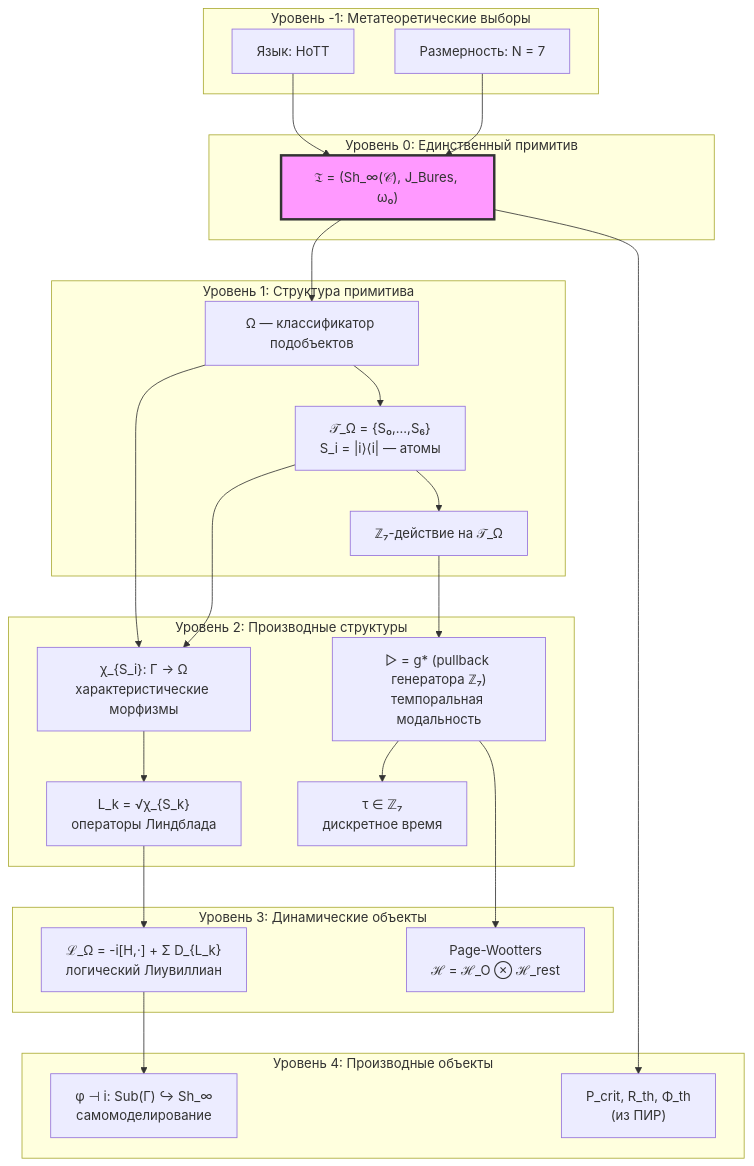
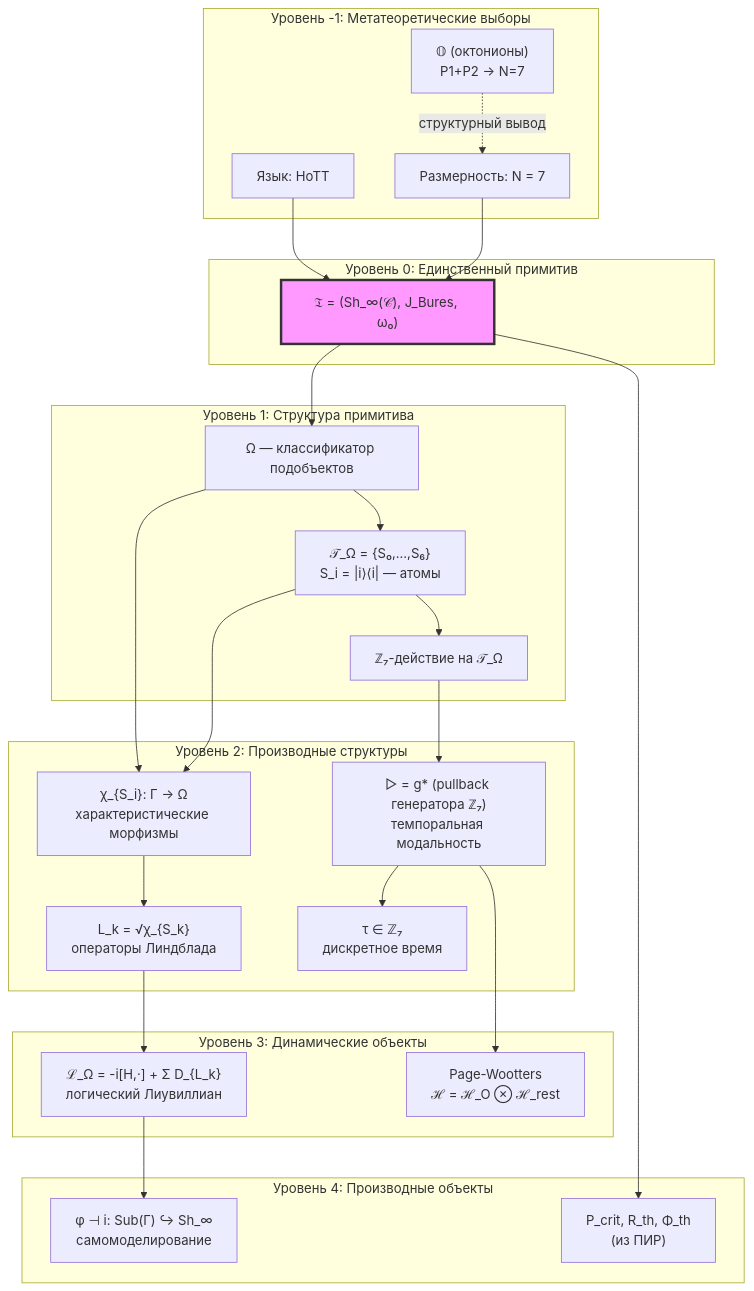
The first of 2 diagrams in website/docs/core/foundations/axiom-omega.md (uhm-theory/holon), drawn with Mermaid before and after one commit. The commit also changed other lines of this file and 58 other files, not shown here.

````diff
--- a/website/docs/core/foundations/axiom-omega.md
+++ b/website/docs/core/foundations/axiom-omega.md
@@ -571,51 +598,53 @@
 ```mermaid
 graph TD
     subgraph "Уровень -1: Метатеоретические выборы"
         Lang["Язык: HoTT"]
         Dim["Размерность: N = 7"]
+        Oct["𝕆 (октонионы)<br/>P1+P2 → N=7"]
     end
 
     subgraph "Уровень 0: Единственный примитив"
         Primitive["𝔗 = (Sh_∞(𝒞), J_Bures, ω₀)"]
     end
 
     subgraph "Уровень 1: Структура примитива"
         Omega["Ω — классификатор подобъектов"]
         Atoms["𝒯_Ω = {S₀,...,S₆}<br/>S_i = |i⟩⟨i| — атомы"]
         Z7["ℤ₇-действие на 𝒯_Ω"]
     end
 
     subgraph "Уровень 2: Производные структуры"
         Chi["χ_{S_i}: Γ → Ω<br/>характеристические морфизмы"]
         Lk["L_k = √χ_{S_k}<br/>операторы Линдблада"]
         Modal["▷ = g* (pullback генератора ℤ₇)<br/>темпоральная модальность"]
         Tau["τ ∈ ℤ₇<br/>дискретное время"]
     end
 
     subgraph "Уровень 3: Динамические объекты"
         LOmega["ℒ_Ω = -i[H,·] + Σ D_{L_k}<br/>логический Лиувиллиан"]
         PW["Page-Wootters<br/>ℋ = ℋ_O ⊗ ℋ_rest"]
     end
 
     subgraph "Уровень 4: Производные объекты"
         Phi["φ ⊣ i: Sub(Γ) ↪ Sh_∞<br/>самомоделирование"]
         Thresholds["P_crit, R_th, Φ_th<br/>(из ПИР)"]
     end
 
     Lang --> Primitive
     Dim --> Primitive
+    Oct -.->|"структурный вывод"| Dim
     Primitive --> Omega
     Omega --> Atoms
     Atoms --> Z7
     Omega --> Chi
     Atoms --> Chi
     Z7 --> Modal
     Chi --> Lk
     Modal --> Tau
     Lk --> LOmega
     Modal --> PW
     LOmega --> Phi
     Primitive --> Thresholds
 
     style Primitive fill:#f9f,stroke:#333,stroke-width:3px
 ```
````
